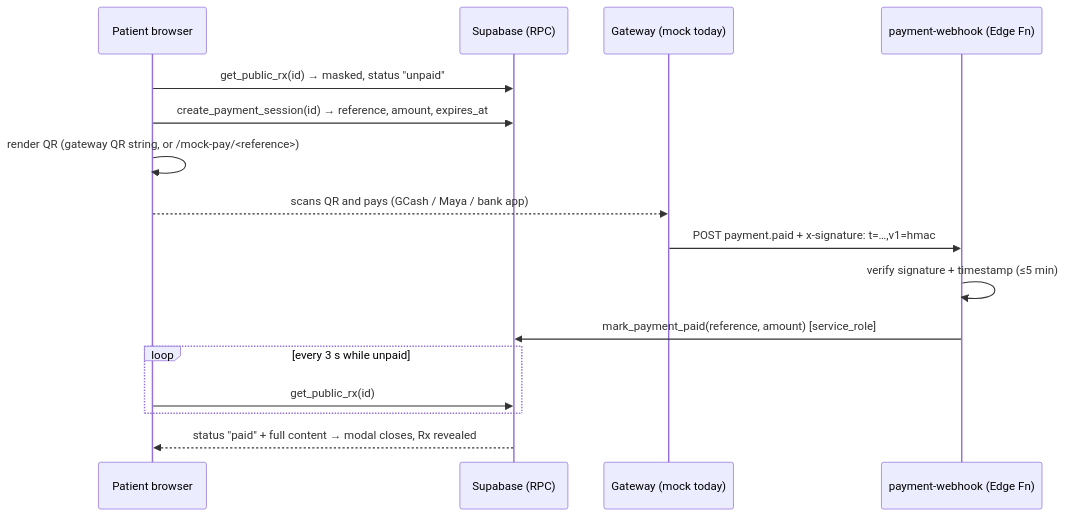
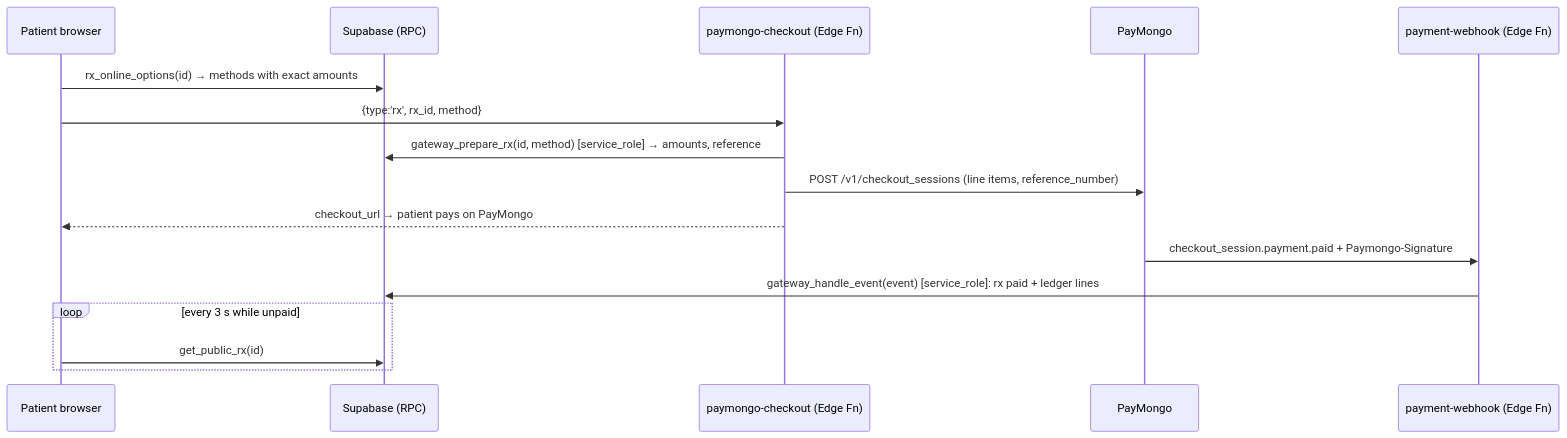
The diagram in docs/payment-flow.md (jetchyyy/e-Priscription), drawn with Mermaid before and after one commit. The commit also changed other lines of this file and 31 other files, not shown here.

First line of the commit message:
feat: PayMongo online payments, doctor payouts, ledger and tax summary

````diff
--- a/docs/payment-flow.md
+++ b/docs/payment-flow.md
@@ -3,19 +6,19 @@
 ```mermaid
 sequenceDiagram
   participant P as Patient browser
   participant DB as Supabase (RPC)
-  participant G as Gateway (mock today)
+  participant C as paymongo-checkout (Edge Fn)
+  participant PM as PayMongo
   participant W as payment-webhook (Edge Fn)
 
-  P->>DB: get_public_rx(id)  → masked, status "unpaid"
-  P->>DB: create_payment_session(id) → reference, amount, expires_at
-  P->>P: render QR (gateway QR string, or /mock-pay/<reference>)
-  P-->>G: scans QR and pays (GCash / Maya / bank app)
-  G->>W: POST payment.paid  + x-signature: t=…,v1=hmac
-  W->>W: verify signature + timestamp (≤5 min)
-  W->>DB: mark_payment_paid(reference, amount)  [service_role]
+  P->>DB: rx_online_options(id) → methods with exact amounts
+  P->>C: {type:'rx', rx_id, method}
+  C->>DB: gateway_prepare_rx(id, method) [service_role] → amounts, reference
+  C->>PM: POST /v1/checkout_sessions (line items, reference_number)
+  C-->>P: checkout_url → patient pays on PayMongo
+  PM->>W: checkout_session.payment.paid + Paymongo-Signature
+  W->>DB: gateway_handle_event(event) [service_role]: rx paid + ledger lines
   loop every 3 s while unpaid
     P->>DB: get_public_rx(id)
   end
-  DB-->>P: status "paid" + full content → modal closes, Rx revealed
 ```
````
